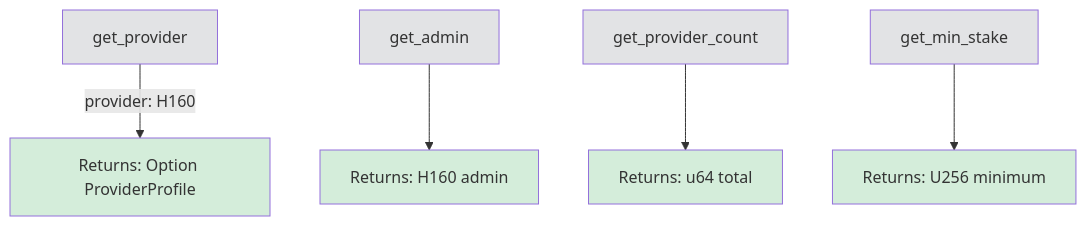
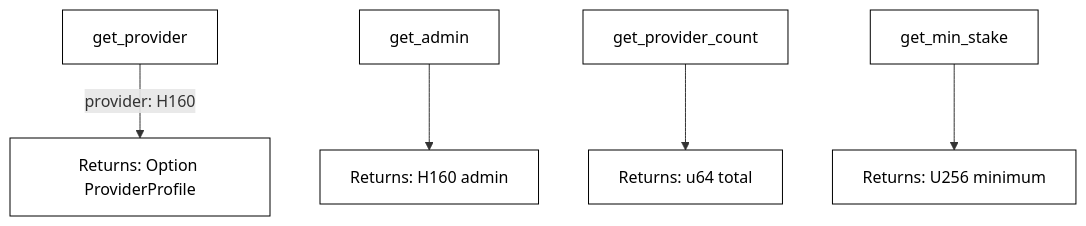
Before and after one commit to PolkaMesh/PolkaMesh-Contracts: diagram 11 of 17 in compute_provider_registry/README.md, drawn with Mermaid. The commit also changed other lines of this file and 4 other files, not shown here.

````diff
--- a/compute_provider_registry/README.md
+++ b/compute_provider_registry/README.md
@@ -256,16 +256,16 @@
 ```mermaid
 graph TB
     A[get_provider] -->|provider: H160| A1[Returns: Option ProviderProfile]
     B[get_admin] --> B1[Returns: H160 admin]
     C[get_provider_count] --> C1[Returns: u64 total]
     D[get_min_stake] --> D1[Returns: U256 minimum]
 
-    style A fill:#e2e3e5
-    style B fill:#e2e3e5
-    style C fill:#e2e3e5
-    style D fill:#e2e3e5
-    style A1 fill:#d4edda
-    style B1 fill:#d4edda
-    style C1 fill:#d4edda
-    style D1 fill:#d4edda
+    style A fill:#ffffff,stroke:#000000,color:#000000
+    style B fill:#ffffff,stroke:#000000,color:#000000
+    style C fill:#ffffff,stroke:#000000,color:#000000
+    style D fill:#ffffff,stroke:#000000,color:#000000
+    style A1 fill:#ffffff,stroke:#000000,color:#000000
+    style B1 fill:#ffffff,stroke:#000000,color:#000000
+    style C1 fill:#ffffff,stroke:#000000,color:#000000
+    style D1 fill:#ffffff,stroke:#000000,color:#000000
 ```
````
